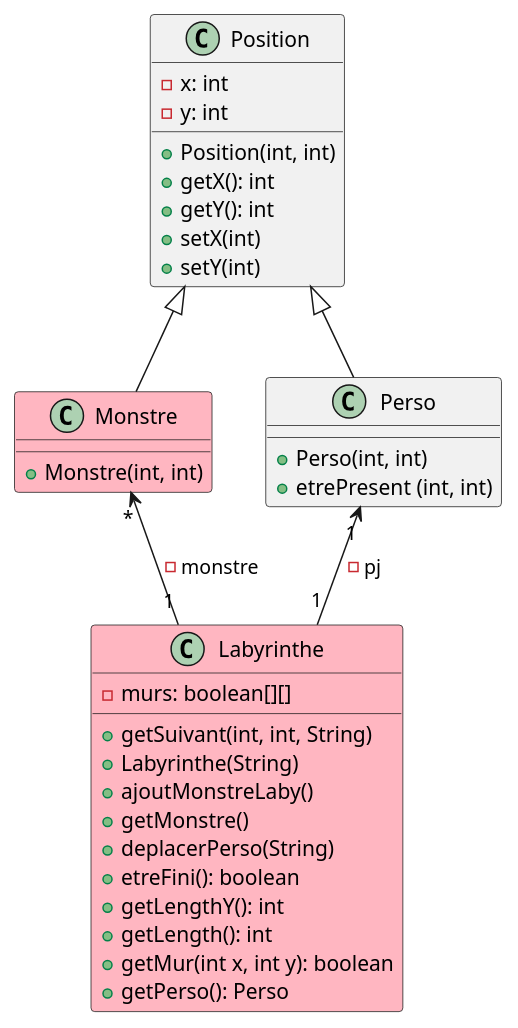
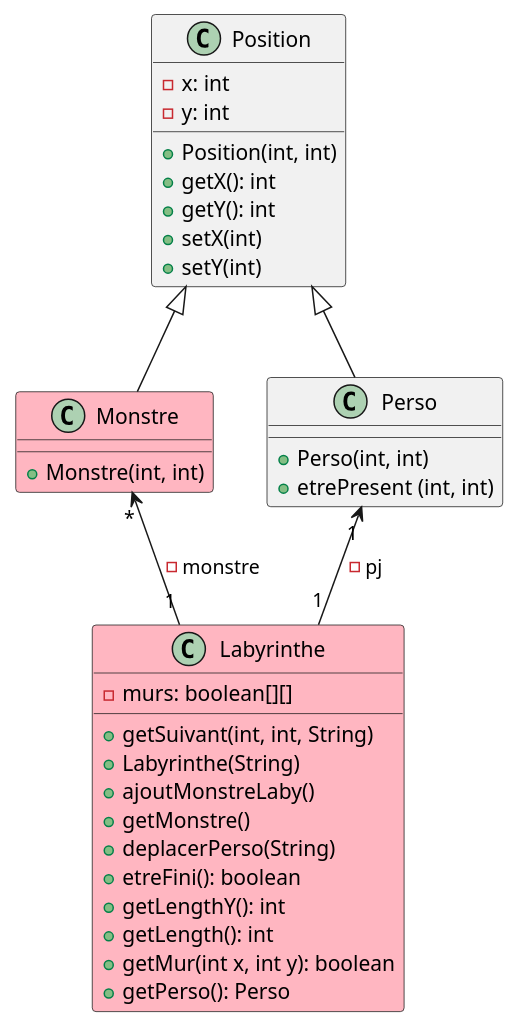
One commit to Erwanquilliou/2024_Zeldiablo_quilliou2u_leveque58u changed the diagram in zeldiablo/documents/version_1/diagclass_monstreImmobile.puml. Above: the diagram before and after it, drawn with PlantUML. The commit also changed 3 other files, not shown here.

Commit message:
diagrammes classes et png de v1 à jour

```diff
--- a/zeldiablo/documents/version_1/diagclass_monstreImmobile.puml
+++ b/zeldiablo/documents/version_1/diagclass_monstreImmobile.puml
@@ -1,47 +1,73 @@
 @startuml
 
 class Position{
 - x: int
 - y: int
 + Position(int, int)
 + getX(): int
 + getY(): int
 + setX(int)
 + setY(int)
 }
 
 Position <|-- Monstre
 
 class Monstre #FFB6C1{
 + Monstre(int, int)
 
 }
 
 Position <|-- Perso
 
 class Perso{
 + Perso(int, int)
 + etrePresent (int, int)
 }
 
 Monstre "*" <-- "1" Labyrinthe : -monstre
 Perso "1" <-- "1" Labyrinthe : - pj
 
 class Labyrinthe #FFB6C1{
 - murs: boolean[][]
 + getSuivant(int, int, String)
 + Labyrinthe(String)
 + ajoutMonstreLaby()
 + getMonstre()
 + deplacerPerso(String)
 + etreFini(): boolean
 + getLengthY(): int
 + getLength(): int
 + getMur(int x, int y): boolean
 + getPerso(): Perso
 }
 
+Labyrinthe "1" <--* "1" LabyJeu : - Laby
 
+class LabyJeu{
++ LabyJeu(Labyrinthe)
++ update(double, Clavier)
++ etreFini(): boolean
++ init()
+}
+
+LabyJeu <.. Main
+
+class Main{
+- main()
+- main(String[])
+}
+
+Labyrinthe <.. Main
+LabyDessin <.. Main
+
+class LabyDessin{
+- LabyDessin()
+- dessinerJeu(Jeu, Canvas)
+}
+
+hide Main
+hide LabyDessin
+hide LabyJeu
 
 
 @enduml
```
